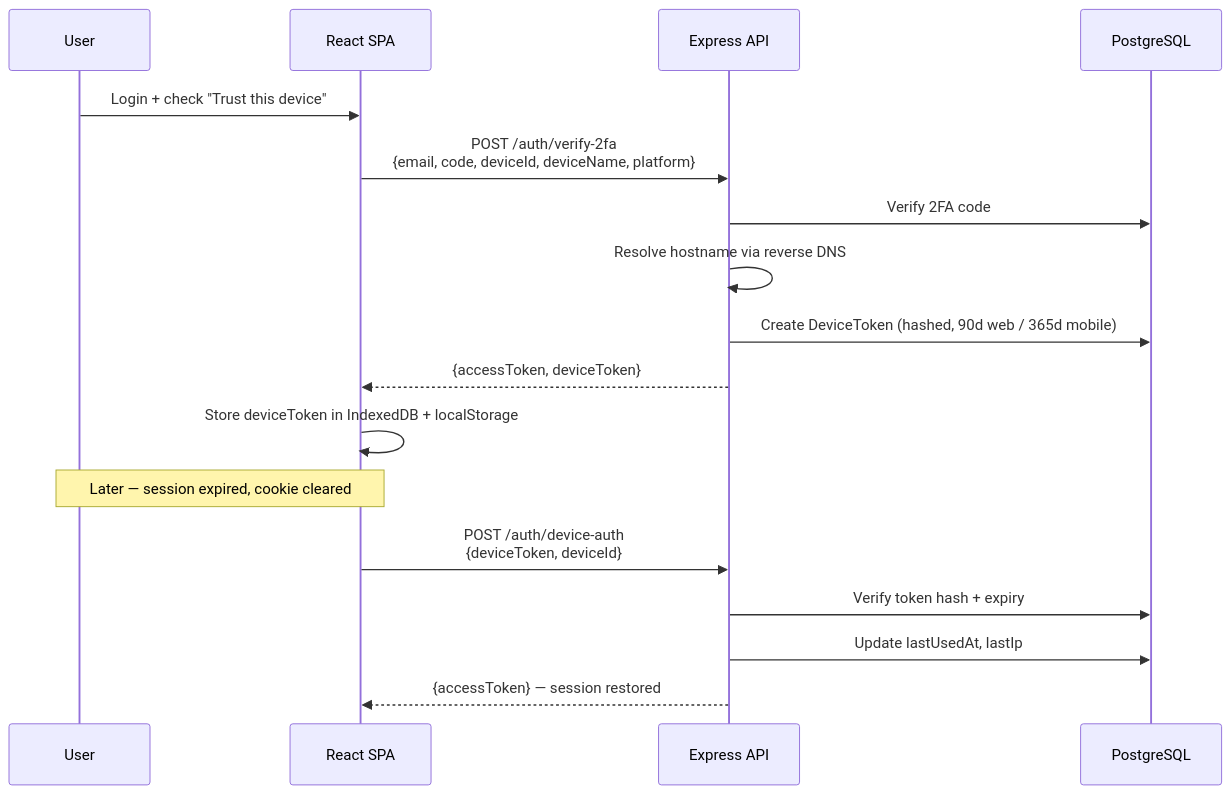
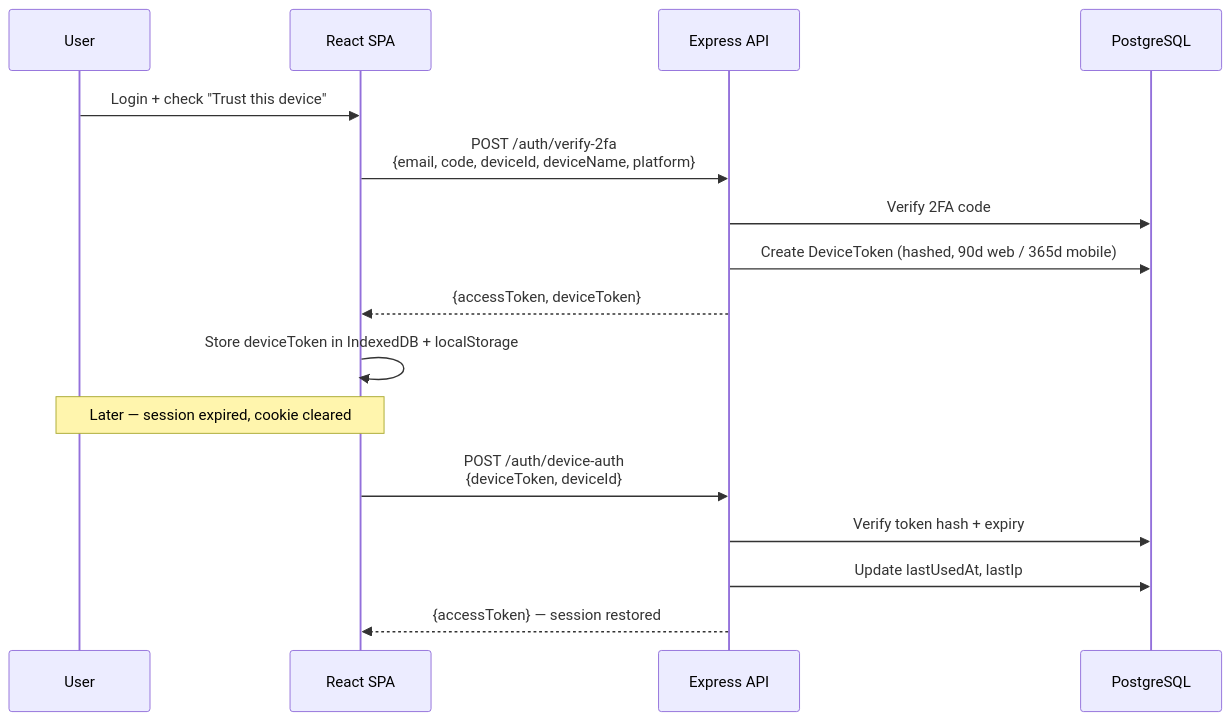
The third of 5 diagrams in docs/wiki/Chapter-7-—-Security,-Auth-&-Access-Control.md (AvivElectis/electisSpace), drawn with Mermaid before and after one commit. The commit also changed other lines of this file and 1 other file, not shown here.

````diff
--- a/docs/wiki/Chapter-7-—-Security,-Auth-&-Access-Control.md
+++ b/docs/wiki/Chapter-7-—-Security,-Auth-&-Access-Control.md
@@ -72,22 +74,21 @@
 ```mermaid
 sequenceDiagram
     participant User as User
     participant Client as React SPA
     participant Server as Express API
     participant DB as PostgreSQL
 
     User->>Client: Login + check "Trust this device"
     Client->>Server: POST /auth/verify-2fa<br/>{email, code, deviceId, deviceName, platform}
     Server->>DB: Verify 2FA code
-    Server->>Server: Resolve hostname via reverse DNS
     Server->>DB: Create DeviceToken (hashed, 90d web / 365d mobile)
     Server-->>Client: {accessToken, deviceToken}
     Client->>Client: Store deviceToken in IndexedDB + localStorage
 
     Note over User,Client: Later — session expired, cookie cleared
 
     Client->>Server: POST /auth/device-auth<br/>{deviceToken, deviceId}
     Server->>DB: Verify token hash + expiry
     Server->>DB: Update lastUsedAt, lastIp
     Server-->>Client: {accessToken} — session restored
 ```
````
